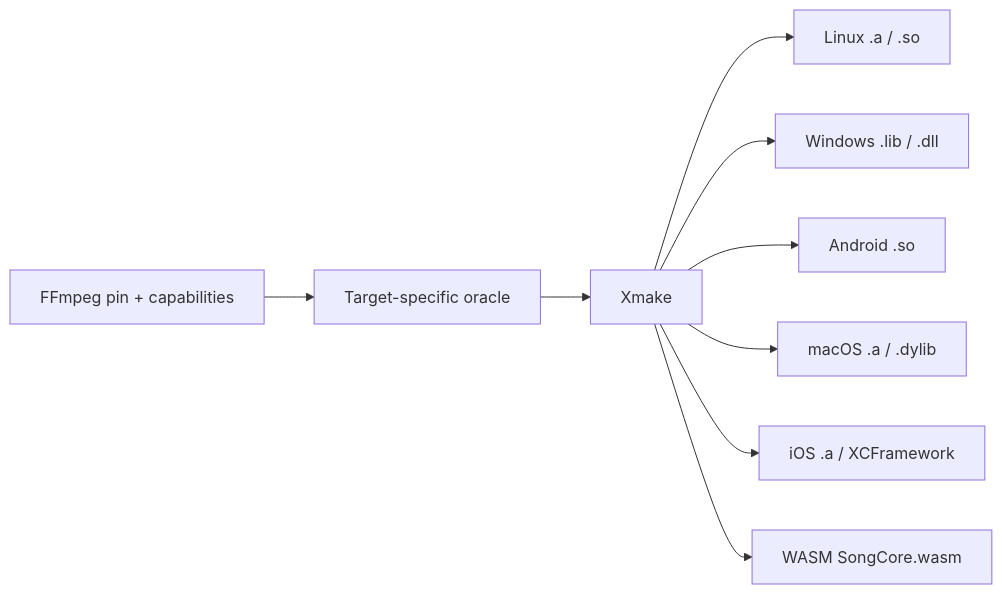
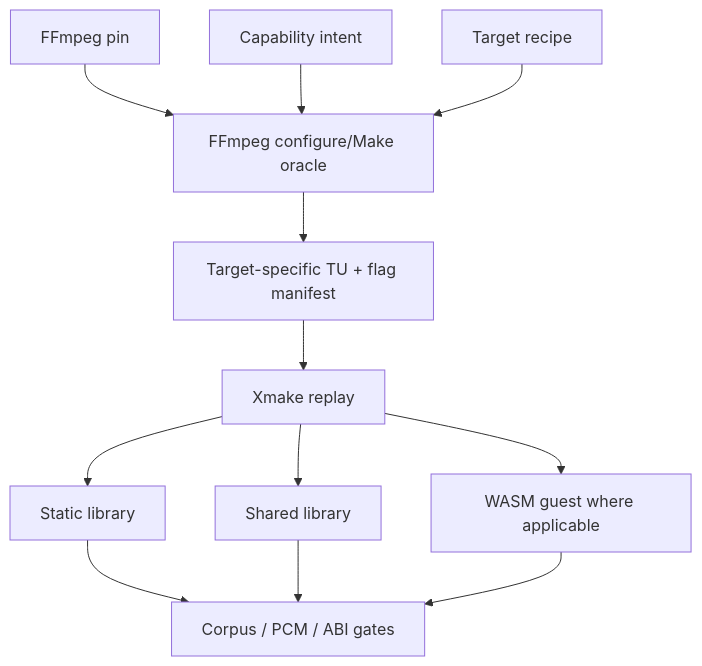
Before and after one commit to jnhu76/qianqian: the diagram in docs/ffmpeg-minimization.md, drawn with Mermaid. The commit also changed other lines of this file and 25 other files, not shown here.

````diff
--- a/docs/ffmpeg-minimization.md
+++ b/docs/ffmpeg-minimization.md
@@ -134,11 +20,21 @@
 ```mermaid
-flowchart LR
-    A[FFmpeg pin + capabilities] --> B[Target-specific oracle]
-    B --> C[Xmake]
-    C --> L[Linux .a / .so]
-    C --> W[Windows .lib / .dll]
-    C --> And[Android .so]
-    C --> M[macOS .a / .dylib]
-    C --> I[iOS .a / XCFramework]
-    C --> WS[WASM SongCore.wasm]
+flowchart TD
+    PIN[FFmpeg pin]
+    CAP[Capability intent]
+    TAR[Target recipe]
+
+    PIN --> O[FFmpeg configure/Make oracle]
+    CAP --> O
+    TAR --> O
+
+    O --> MAN[Target-specific TU + flag manifest]
+    MAN --> XM[Xmake replay]
+
+    XM --> STA[Static library]
+    XM --> SHA[Shared library]
+    XM --> WASM[WASM guest where applicable]
+
+    STA --> TEST[Corpus / PCM / ABI gates]
+    SHA --> TEST
+    WASM --> TEST
 ```
````
